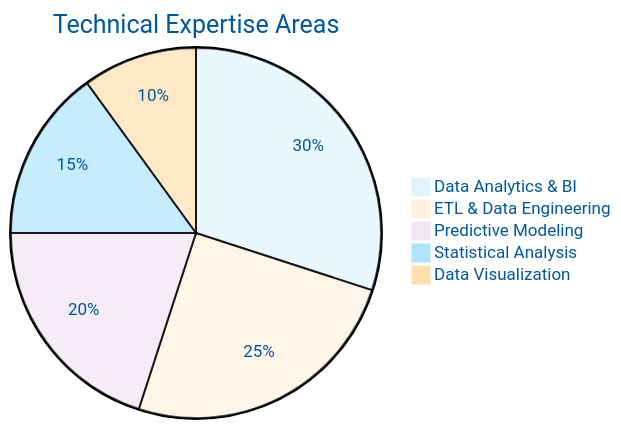
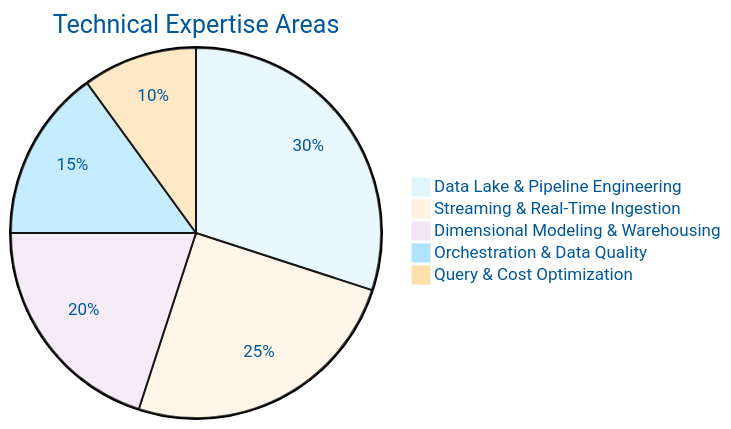
Before and after one commit to srikarvechalapu/srikarvechalapu: the second of 3 diagrams in README.md, drawn with Mermaid. The commit also changed other lines of this file, not shown here.

First line of the commit message:
Revise README for Data Engineer profile update

````diff
--- a/README.md
+++ b/README.md
@@ -109,9 +120,9 @@
 ```mermaid
 %%{init: {'theme':'base', 'themeVariables': { 'primaryColor':'#e1f5ff','primaryTextColor':'#01579b','primaryBorderColor':'#0277bd','lineColor':'#0288d1','secondaryColor':'#fff3e0','tertiaryColor':'#f3e5f5'}}}%%
 pie title Technical Expertise Areas
-    "Data Analytics & BI" : 30
-    "ETL & Data Engineering" : 25
-    "Predictive Modeling" : 20
-    "Statistical Analysis" : 15
-    "Data Visualization" : 10
+    "Data Lake & Pipeline Engineering" : 30
+    "Streaming & Real-Time Ingestion" : 25
+    "Dimensional Modeling & Warehousing" : 20
+    "Orchestration & Data Quality" : 15
+    "Query & Cost Optimization" : 10
 ```
````
